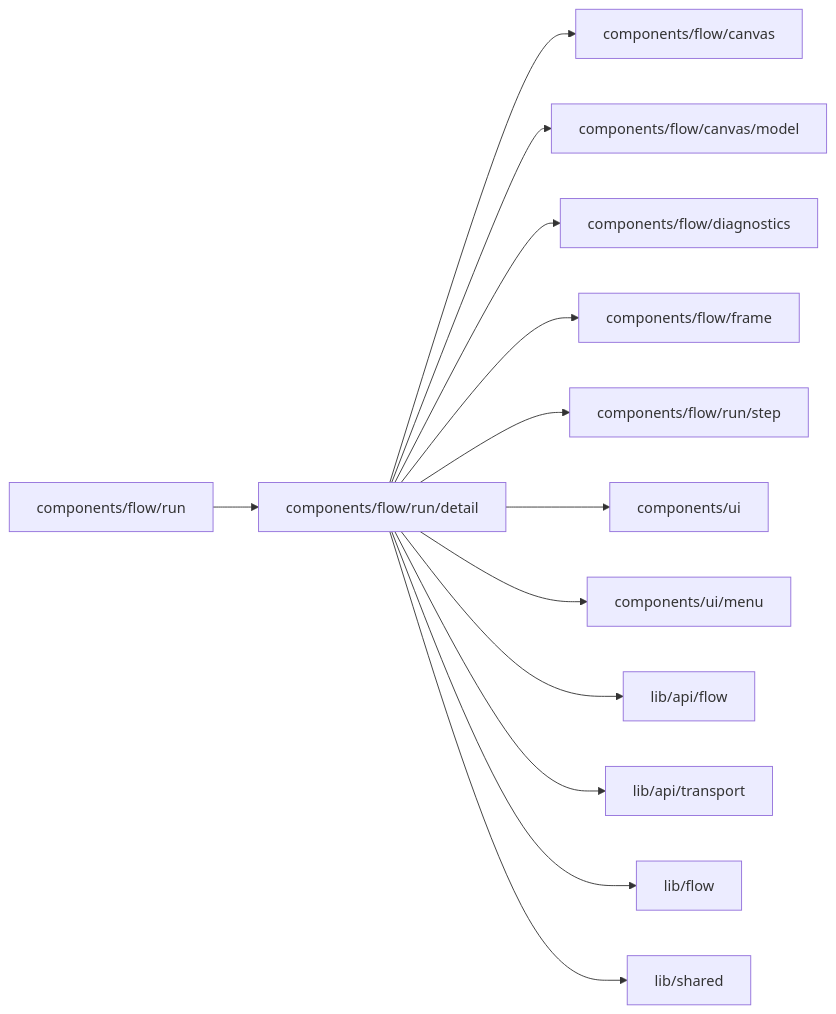
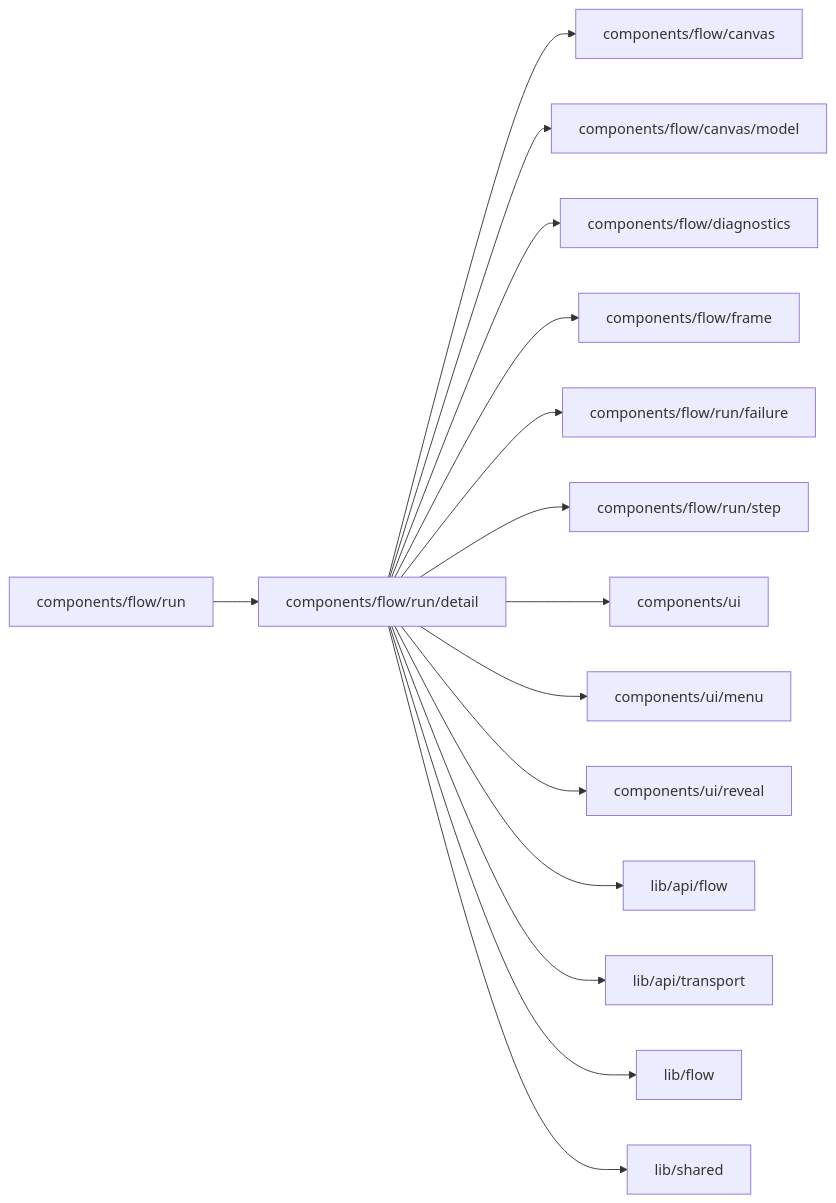
One commit to superdurable/superverse changed the diagram in web/studio/components/flow/run/detail/README.md. Above: the diagram before and after it, drawn with Mermaid. The commit also changed other lines of this file and 278 other files, not shown here.

````diff
--- a/web/studio/components/flow/run/detail/README.md
+++ b/web/studio/components/flow/run/detail/README.md
@@ -10,16 +10,18 @@
 ```mermaid
 flowchart LR
   self["components/flow/run/detail"]
   c0["components/flow/run"] --> self
   self --> d0["components/flow/canvas"]
   self --> d1["components/flow/canvas/model"]
   self --> d2["components/flow/diagnostics"]
   self --> d3["components/flow/frame"]
-  self --> d4["components/flow/run/step"]
-  self --> d5["components/ui"]
-  self --> d6["components/ui/menu"]
-  self --> d7["lib/api/flow"]
-  self --> d8["lib/api/transport"]
-  self --> d9["lib/flow"]
-  self --> d10["lib/shared"]
+  self --> d4["components/flow/run/failure"]
+  self --> d5["components/flow/run/step"]
+  self --> d6["components/ui"]
+  self --> d7["components/ui/menu"]
+  self --> d8["components/ui/reveal"]
+  self --> d9["lib/api/flow"]
+  self --> d10["lib/api/transport"]
+  self --> d11["lib/flow"]
+  self --> d12["lib/shared"]
 ```
````
